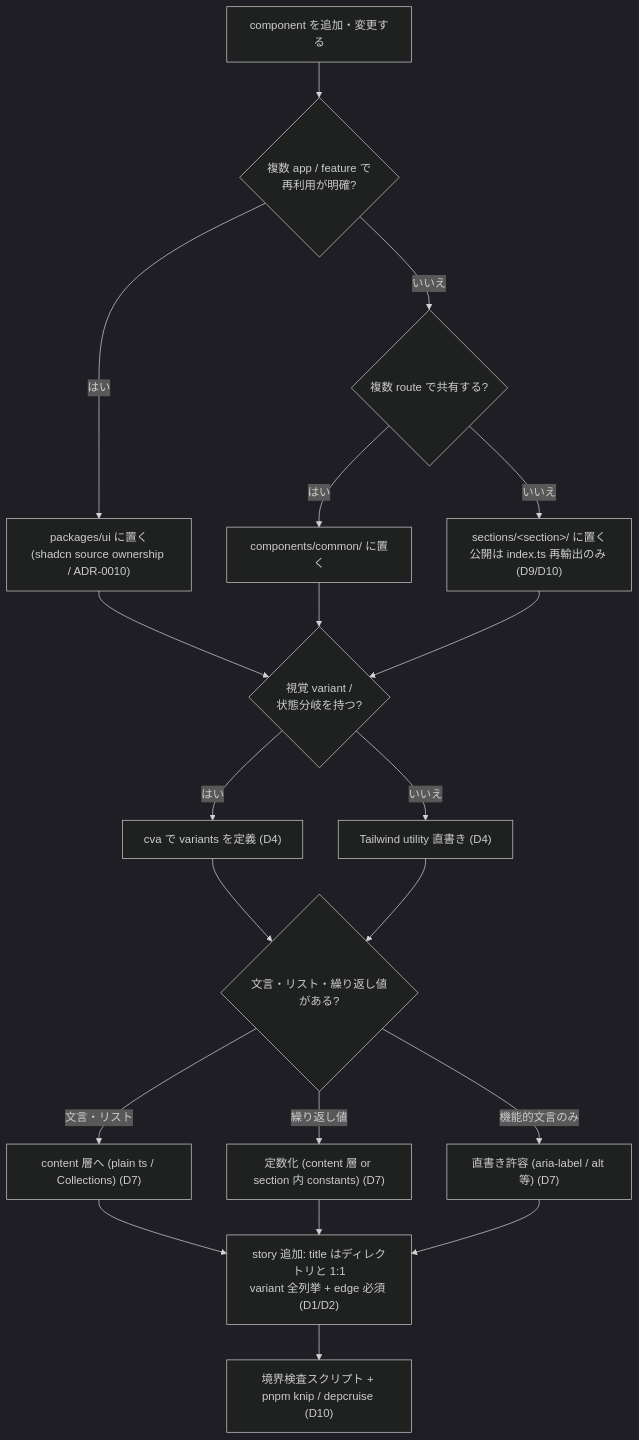
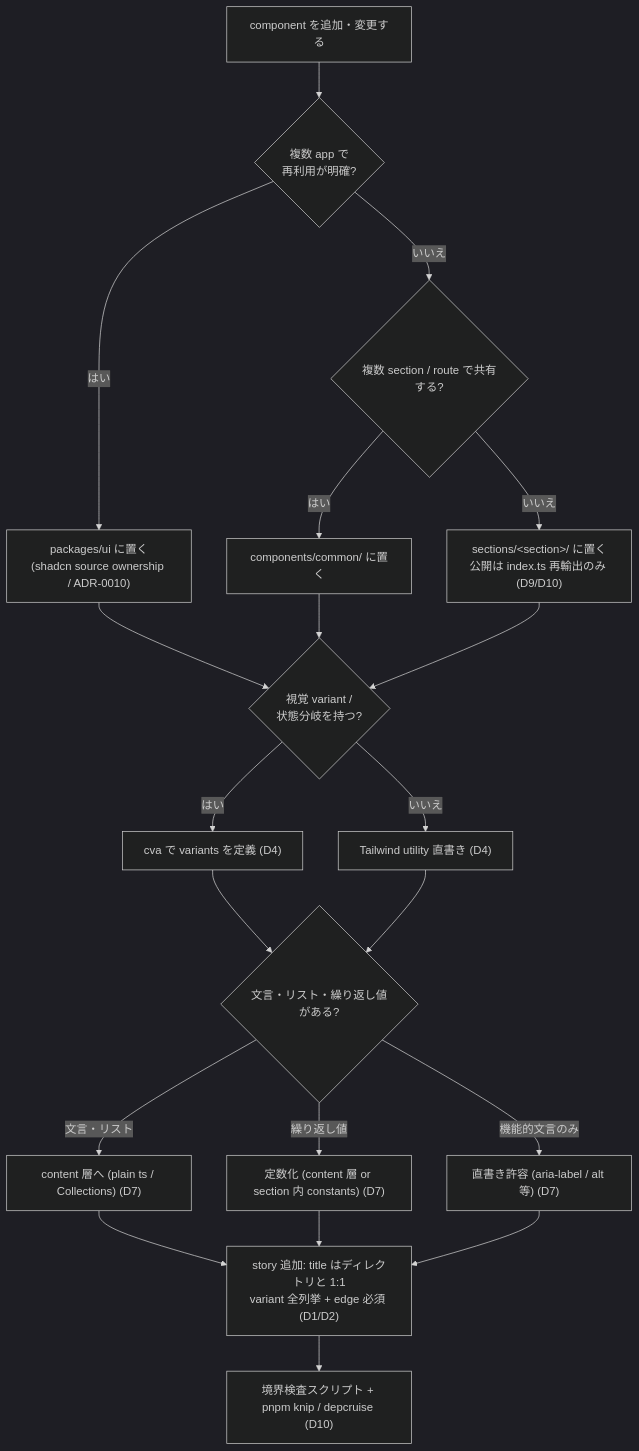
The first of 3 diagrams in specs/32-component-architecture/index.md (Fukuemon/kufu-apps), drawn with Mermaid (dark theme) before and after one commit. The commit also changed other lines of this file and 15 other files, not shown here.

````diff
--- a/specs/32-component-architecture/index.md
+++ b/specs/32-component-architecture/index.md
@@ -418,22 +424,22 @@
 ```mermaid
 flowchart TD
-    Start["component を追加・変更する"] --> Q1{"複数 app / feature で\n再利用が明確?"}
+    Start["component を追加・変更する"] --> Q1{"複数 app で\n再利用が明確?"}
     Q1 -->|"はい"| UI["packages/ui に置く\n(shadcn source ownership / ADR-0010)"]
-    Q1 -->|"いいえ"| Q2{"複数 route で共有する?"}
+    Q1 -->|"いいえ"| Q2{"複数 section / route で共有する?"}
     Q2 -->|"はい"| Common["components/common/ に置く"]
     Q2 -->|"いいえ"| Section["sections/&lt;section&gt;/ に置く\n公開は index.ts 再輸出のみ (D9/D10)"]
     Common --> Q3
     UI --> Q3
     Section --> Q3{"視覚 variant /\n状態分岐を持つ?"}
     Q3 -->|"はい"| Cva["cva で variants を定義 (D4)"]
     Q3 -->|"いいえ"| Utility["Tailwind utility 直書き (D4)"]
     Cva --> Q4{"文言・リスト・繰り返し値がある?"}
     Utility --> Q4
     Q4 -->|"文言・リスト"| Content["content 層へ (plain ts / Collections) (D7)"]
     Q4 -->|"繰り返し値"| Const["定数化 (content 層 or section 内 constants) (D7)"]
     Q4 -->|"機能的文言のみ"| Inline["直書き許容 (aria-label / alt 等) (D7)"]
     Content --> Story["story 追加: title はディレクトリと 1:1\nvariant 全列挙 + edge 必須 (D1/D2)"]
     Const --> Story
     Inline --> Story
     Story --> Check["境界検査スクリプト + pnpm knip / depcruise (D10)"]
 ```
````
